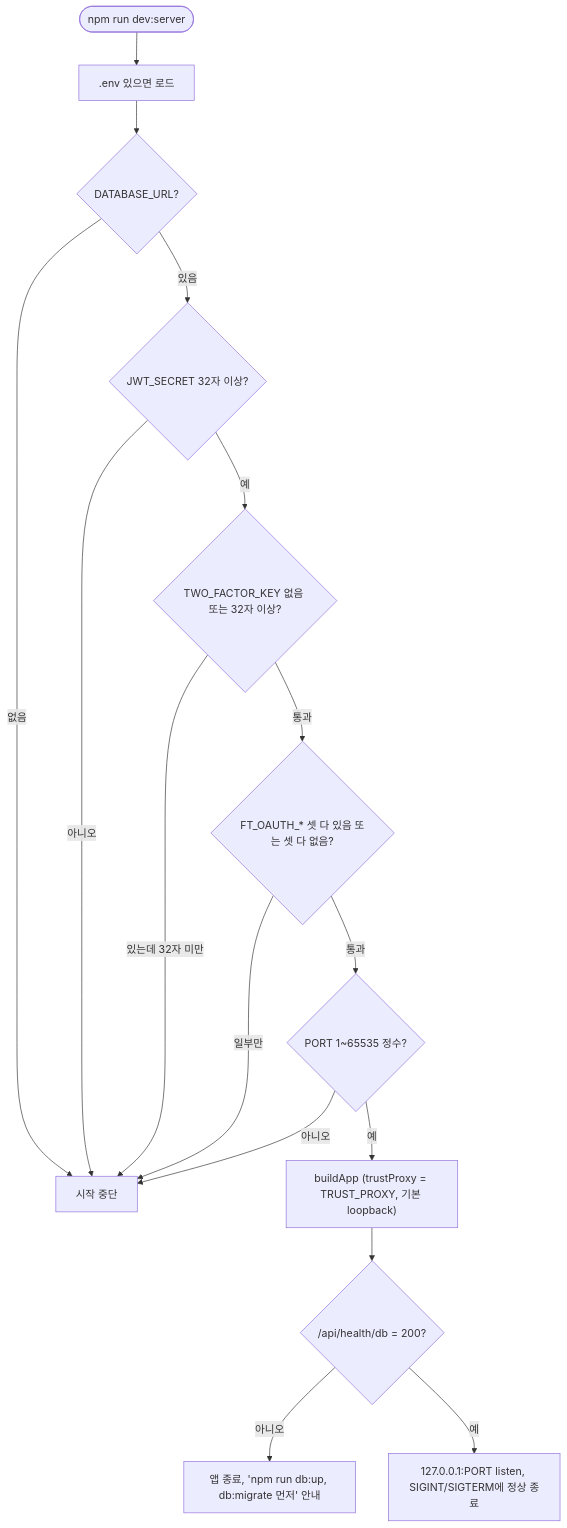
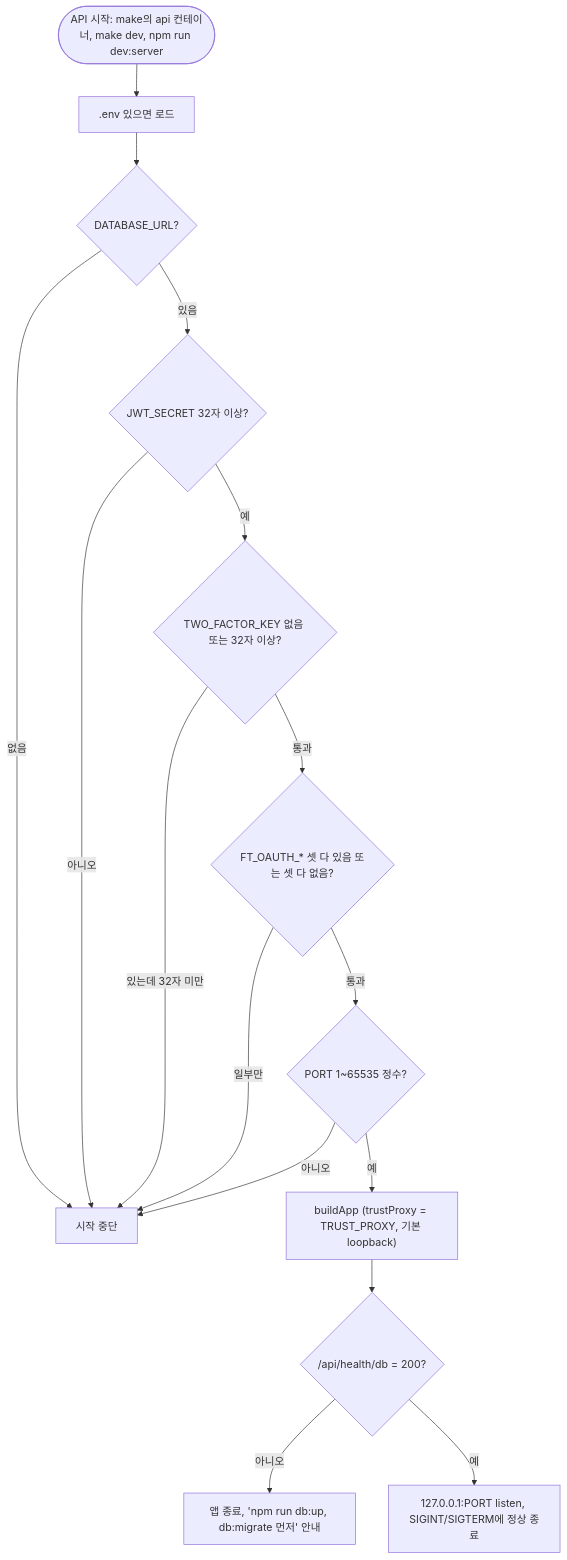
Before and after one commit to EscapeFromGyeongsan/ft_transcendence: diagram 47 of 53 in Document/SDS.md, drawn with Mermaid. The commit also changed other lines of this file and 4 other files, not shown here.

````diff
--- a/Document/SDS.md
+++ b/Document/SDS.md
@@ -2025,18 +2026,18 @@
 ```mermaid
 flowchart TD
-    S([npm run dev:server]) --> Env[.env 있으면 로드]
+    S(["API 시작: make의 api 컨테이너, make dev, npm run dev:server"]) --> Env[.env 있으면 로드]
     Env --> Db{DATABASE_URL?}
     Db -->|없음| X1[시작 중단]
     Db -->|있음| Jwt{"JWT_SECRET 32자 이상?"}
     Jwt -->|아니오| X1
     Jwt -->|예| Tfa{"TWO_FACTOR_KEY 없음 또는 32자 이상?"}
     Tfa -->|"있는데 32자 미만"| X1
     Tfa -->|통과| OA{"FT_OAUTH_* 셋 다 있음 또는 셋 다 없음?"}
     OA -->|일부만| X1
     OA -->|통과| Port{"PORT 1~65535 정수?"}
     Port -->|아니오| X1
     Port -->|예| Build["buildApp (trustProxy = TRUST_PROXY, 기본 loopback)"]
     Build --> H{"/api/health/db = 200?"}
     H -->|아니오| X2["앱 종료, 'npm run db:up, db:migrate 먼저' 안내"]
     H -->|예| L["127.0.0.1:PORT listen, SIGINT/SIGTERM에 정상 종료"]
 ```
````
